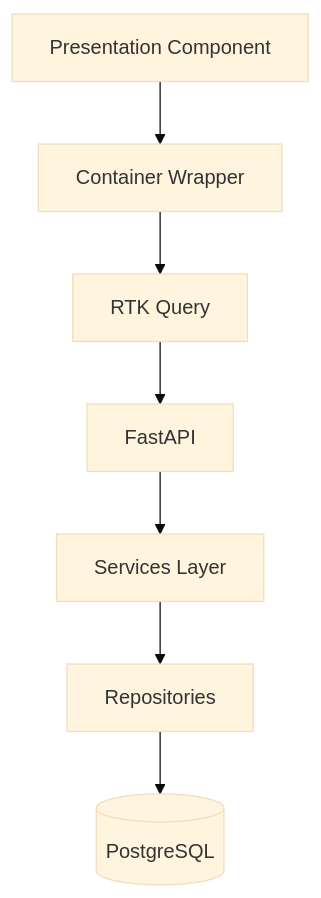
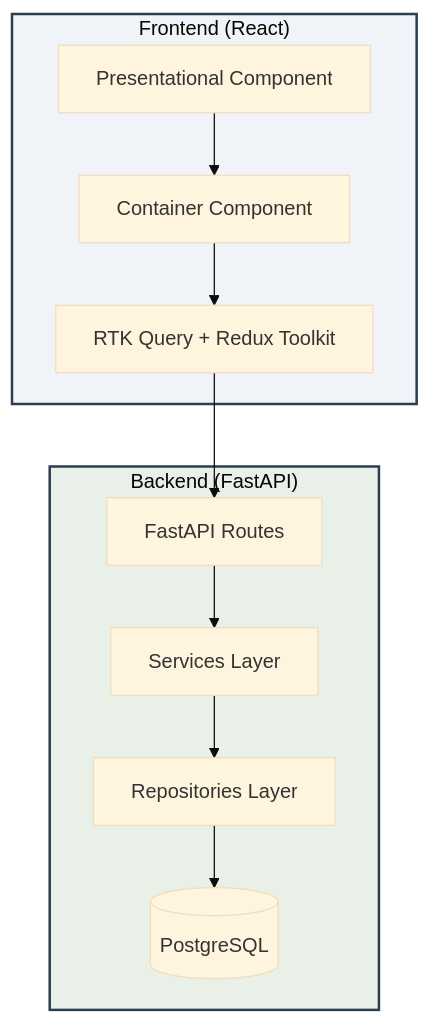
The diagram in README.md (ArtemX9/Clinical-Trial-Data-Dashboard), drawn with Mermaid (base theme) before and after one commit.

Commit message:
Moved diagram directly under Architecture

````diff
--- a/README.md
+++ b/README.md
@@ -126,9 +112,26 @@
 ```mermaid
 graph TD
-  Presentation[Presentation Component] --> Container[Container Wrapper]
-  Container --> Redux_RTK[RTK Query]
-  Redux_RTK --> API[FastAPI]
-  API --> Service[Services Layer]
-  Service --> Repo[Repositories]
-  Repo --> DB[(PostgreSQL)]
+  subgraph Frontend ["Frontend (React)"]
+    Presentational[Presentational Component]
+    Container[Container Component]
+    RTK[RTK Query + Redux Toolkit]
+
+    Presentational --> Container
+    Container --> RTK
+  end
+
+  subgraph Backend ["Backend (FastAPI)"]
+    API[FastAPI Routes]
+    Service[Services Layer]
+    Repo[Repositories Layer]
+    DB[(PostgreSQL)]
+
+    RTK --> API
+    API --> Service
+    Service --> Repo
+    Repo --> DB
+  end
+
+  style Frontend fill:#f0f4f8,stroke:#2c3e50,stroke-width:2px
+  style Backend fill:#e8f0e8,stroke:#2c3e50,stroke-width:2px
 ```
````
